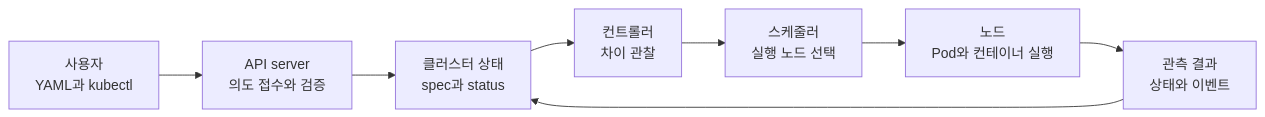
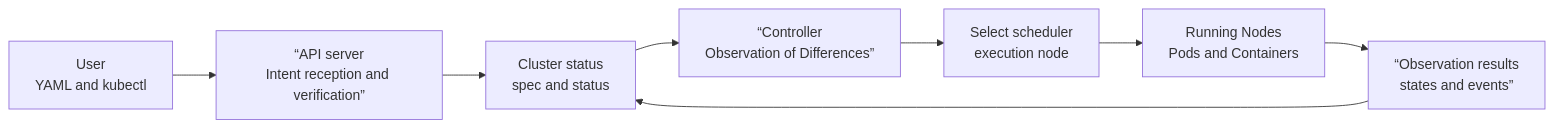
One commit to nohdol97/nohdol-study changed the first of 2 diagrams in docs-site/content/kubernetes/00-roadmap.md. Above: the diagram before and after it, drawn with Mermaid. The commit also changed other lines of this file and 116 other files, not shown here.

````diff
--- a/docs-site/content/kubernetes/00-roadmap.md
+++ b/docs-site/content/kubernetes/00-roadmap.md
@@ -28,10 +28,10 @@
 ```mermaid
 flowchart LR
-  USER["사용자<br/>YAML과 kubectl"] --> API["API server<br/>의도 접수와 검증"]
-  API --> STATE["클러스터 상태<br/>spec과 status"]
-  STATE --> CTRL["컨트롤러<br/>차이 관찰"]
-  CTRL --> SCHED["스케줄러<br/>실행 노드 선택"]
-  SCHED --> NODE["노드<br/>Pod와 컨테이너 실행"]
-  NODE --> OBS["관측 결과<br/>상태와 이벤트"]
+  USER["User<br/>YAML and kubectl"] --> API[“API server<br/>Intent reception and verification”]
+  API --> STATE["Cluster status<br/>spec and status"]
+  STATE --> CTRL[“Controller<br/>Observation of Differences”]
+  CTRL --> SCHED["Select scheduler<br/>execution node"]
+  SCHED --> NODE["Running Nodes<br/>Pods and Containers"]
+  NODE --> OBS[“Observation results<br/>states and events”]
   OBS --> STATE
 ```
````
